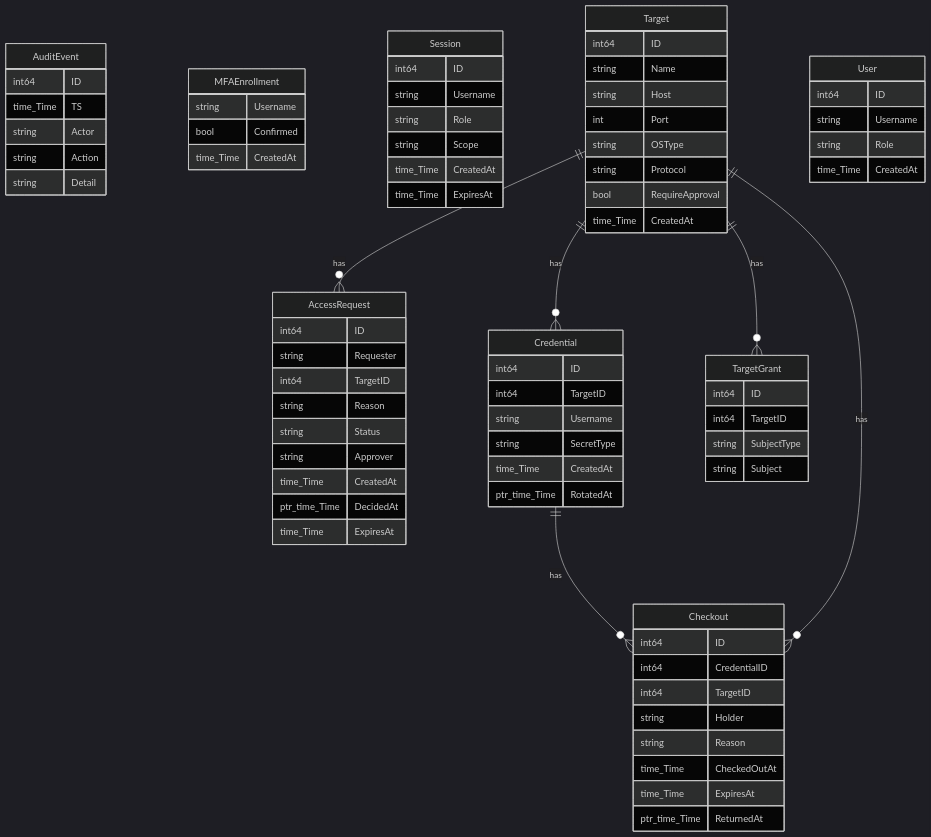
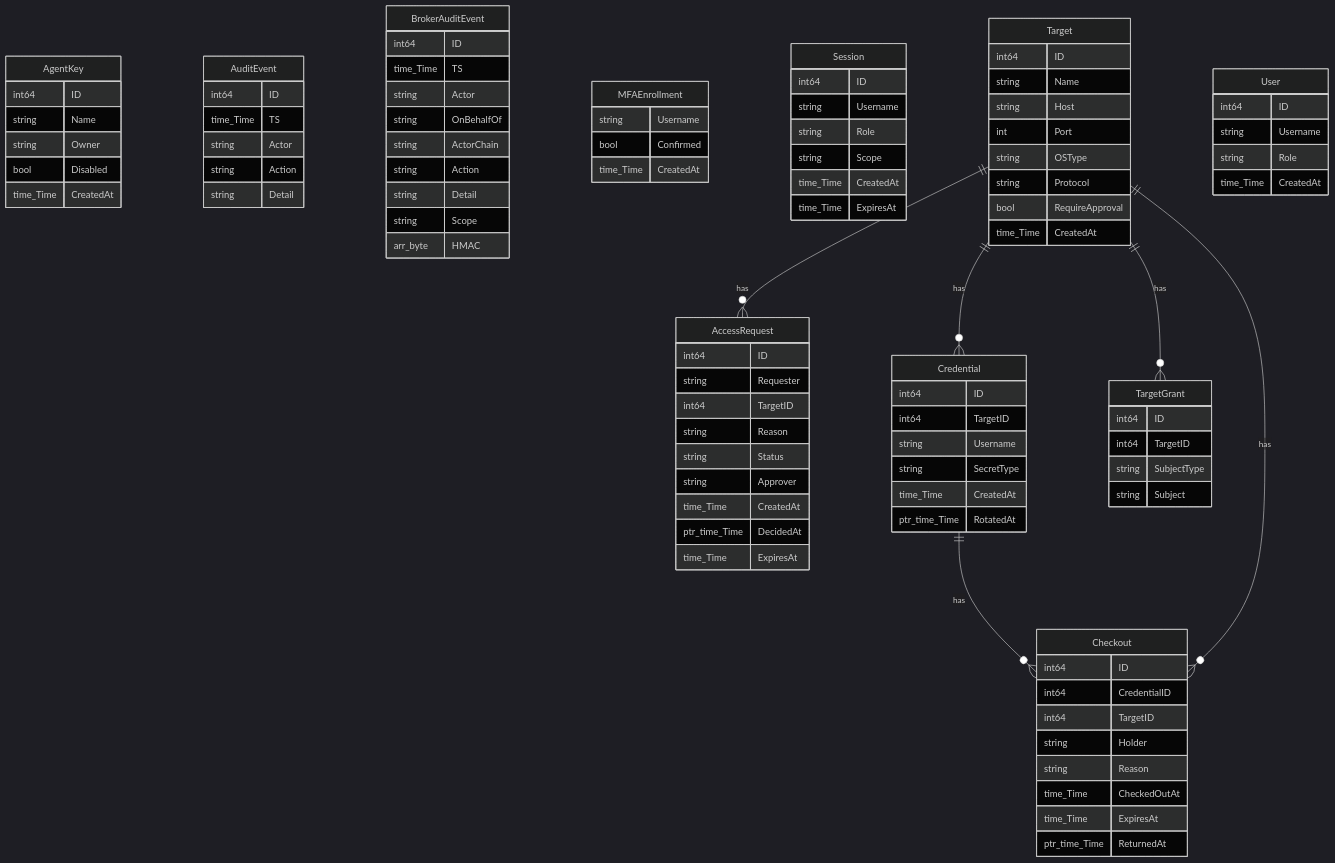
Before and after one commit to morandeirachema/pamv1: the second of 2 diagrams in docs/ARCHITECTURE-DIAGRAMS.md, drawn with Mermaid (dark theme). The commit also changed other lines of this file and 26 other files, not shown here.

```diff
--- a/docs/ARCHITECTURE-DIAGRAMS.md
+++ b/docs/ARCHITECTURE-DIAGRAMS.md
@@ -121,12 +142,30 @@
     ptr_time_Time DecidedAt
     time_Time ExpiresAt
   }
+  AgentKey {
+    int64 ID
+    string Name
+    string Owner
+    bool Disabled
+    time_Time CreatedAt
+  }
   AuditEvent {
     int64 ID
     time_Time TS
     string Actor
     string Action
     string Detail
+  }
+  BrokerAuditEvent {
+    int64 ID
+    time_Time TS
+    string Actor
+    string OnBehalfOf
+    string ActorChain
+    string Action
+    string Detail
+    string Scope
+    arr_byte HMAC
   }
   Checkout {
     int64 ID
```
